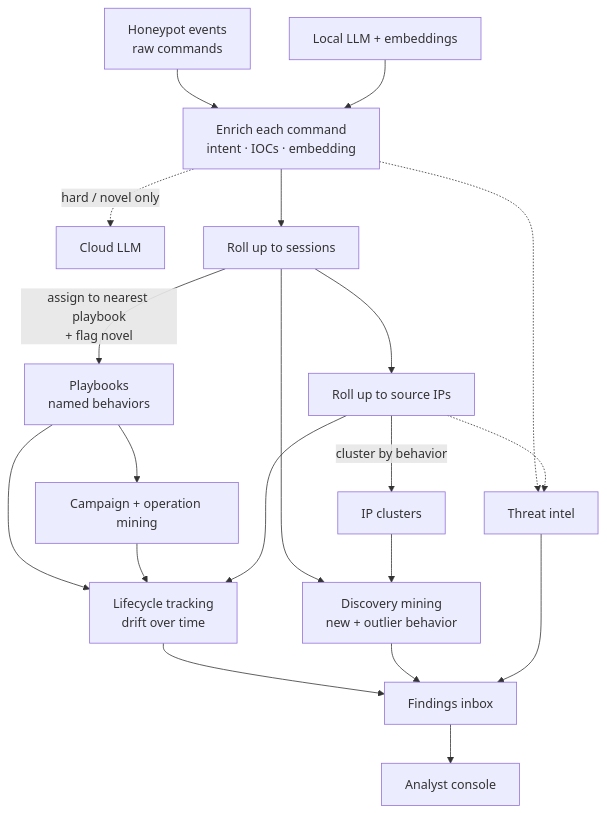
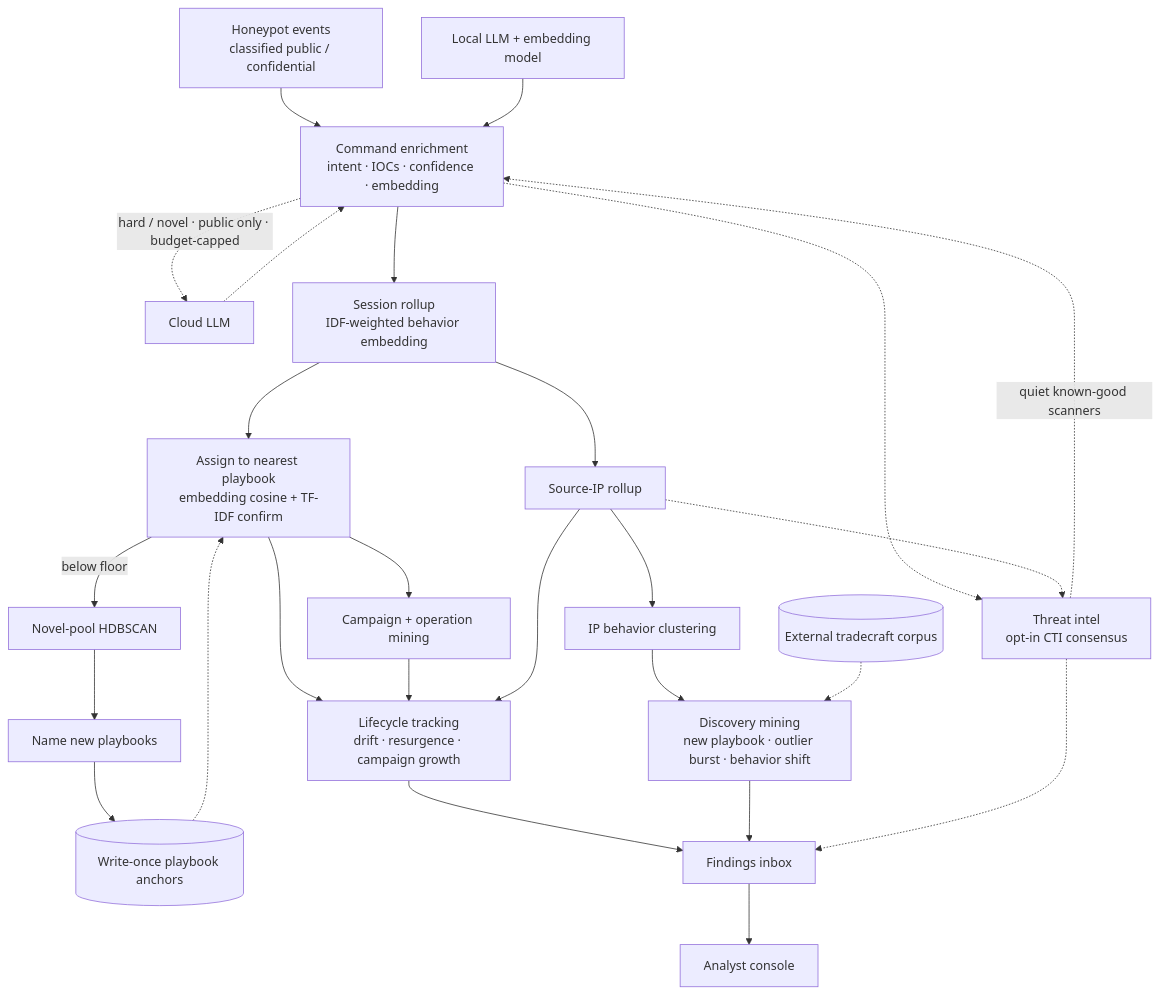
One commit to tonysperez/dshield_prism changed the diagram in README.md. Above: the diagram before and after it, drawn with Mermaid. The commit also changed other lines of this file and 10 other files, not shown here.

````diff
--- a/README.md
+++ b/README.md
@@ -89,22 +41,32 @@
 ```mermaid
 flowchart TD
-    A[Honeypot events<br/>raw commands] --> B[Enrich each command<br/>intent · IOCs · embedding]
-    M[Local LLM + embeddings] --> B
-    B -.->|hard / novel only| X[Cloud LLM]
-    B --> C[Roll up to sessions]
-    C --> D[Roll up to source IPs]
-    C -->|assign to nearest playbook<br/>+ flag novel| E[Playbooks<br/>named behaviors]
-    D -->|cluster by behavior| F[IP clusters]
-    E --> G[Campaign + operation mining]
-    B -.-> H[Threat intel]
-    D -.-> H
-    E --> LC[Lifecycle tracking<br/>drift over time]
-    G --> LC
-    D --> LC
-    C --> DC[Discovery mining<br/>new + outlier behavior]
-    F --> DC
-    LC --> I[Findings inbox]
-    DC --> I
-    H --> I
-    I --> J[Analyst console]
+    EV[Honeypot events<br/>classified public / confidential] --> CMD[Command enrichment<br/>intent · IOCs · confidence · embedding]
+    LLM[Local LLM + embedding model] --> CMD
+    CMD -.->|hard / novel · public only · budget-capped| CLOUD[Cloud LLM]
+    CLOUD -.-> CMD
+
+    CMD --> SESS[Session rollup<br/>IDF-weighted behavior embedding]
+    SESS --> IP[Source-IP rollup]
+    SESS --> ASSIGN[Assign to nearest playbook<br/>embedding cosine + TF-IDF confirm]
+    ANCH[(Write-once playbook anchors)] -.-> ASSIGN
+    ASSIGN -->|below floor| HDB[Novel-pool HDBSCAN]
+    HDB --> NAME[Name new playbooks]
+    NAME --> ANCH
+
+    IP --> IPC[IP behavior clustering]
+    ASSIGN --> CAMP[Campaign + operation mining]
+    IPC --> DISC[Discovery mining<br/>new playbook · outlier burst · behavior shift]
+    REF[(External tradecraft corpus)] -.-> DISC
+
+    CMD -.-> INTEL[Threat intel<br/>opt-in CTI consensus]
+    IP -.-> INTEL
+    INTEL -.->|quiet known-good scanners| CMD
+
+    ASSIGN --> LIFE[Lifecycle tracking<br/>drift · resurgence · campaign growth]
+    CAMP --> LIFE
+    IP --> LIFE
+    LIFE --> INBOX[Findings inbox]
+    DISC --> INBOX
+    INTEL -.-> INBOX
+    INBOX --> CONSOLE[Analyst console]
 ```
````
